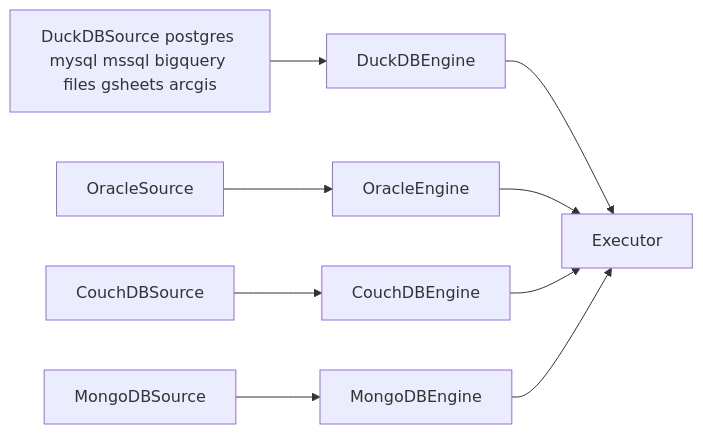
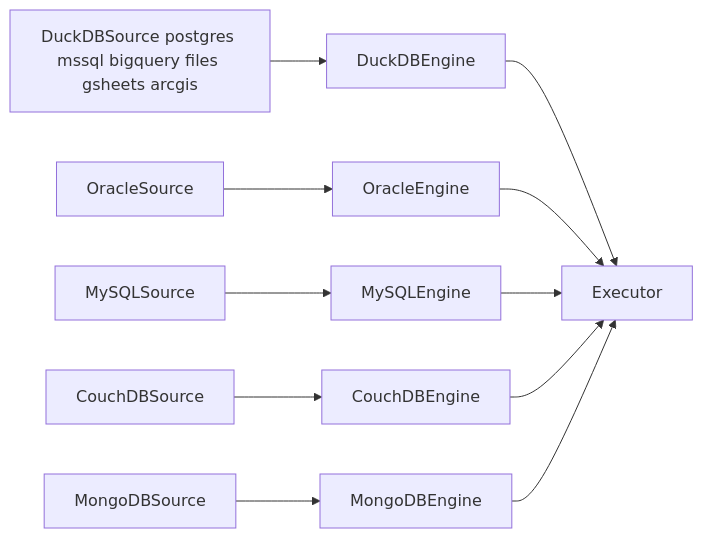
One commit to prefeitura-rio/prefect_rj_iplanrio changed the diagram in packages/toolkit/README.md. Above: the diagram before and after it, drawn with Mermaid. The commit also changed other lines of this file and 19 other files, not shown here.

````diff
--- a/packages/toolkit/README.md
+++ b/packages/toolkit/README.md
@@ -77,11 +77,13 @@
 ```mermaid
 flowchart LR
-  DS[DuckDBSource postgres mysql mssql bigquery files gsheets arcgis] --> D[DuckDBEngine]
+  DS[DuckDBSource postgres mssql bigquery files gsheets arcgis] --> D[DuckDBEngine]
   OS[OracleSource] --> O[OracleEngine]
+  YS[MySQLSource] --> Y[MySQLEngine]
   CS[CouchDBSource] --> C[CouchDBEngine]
   MS[MongoDBSource] --> M[MongoDBEngine]
   D --> X[Executor]
   O --> X
+  Y --> X
   C --> X
   M --> X
 ```
````
